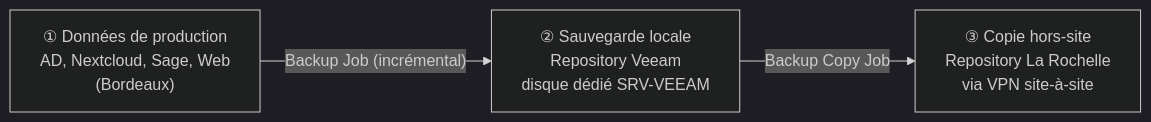
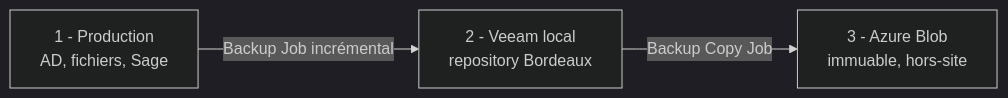
Before and after one commit to Orka16/Fiducis-Groupe-4: the second of 2 diagrams in README.md, drawn with Mermaid (dark theme). The commit also changed other lines of this file, not shown here.

````diff
--- a/README.md
+++ b/README.md
@@ -917,9 +135,8 @@
 ```mermaid
 flowchart LR
-    PROD["① Données de production<br/>AD, Nextcloud, Sage, Web<br/>(Bordeaux)"]
-    LOCAL["② Sauvegarde locale<br/>Repository Veeam<br/>disque dédié SRV-VEEAM"]
-    OFF["③ Copie hors-site<br/>Repository La Rochelle<br/>via VPN site-à-site"]
-
-    PROD -->|"Backup Job (incrémental)"| LOCAL
-    LOCAL -->|"Backup Copy Job"| OFF
+    PROD["1 - Production<br/>AD, fichiers, Sage"]
+    LOCAL["2 - Veeam local<br/>repository Bordeaux"]
+    AZ["3 - Azure Blob<br/>immuable, hors-site"]
+    PROD -->|Backup Job incrémental| LOCAL
+    LOCAL -->|Backup Copy Job| AZ
 ```
````
